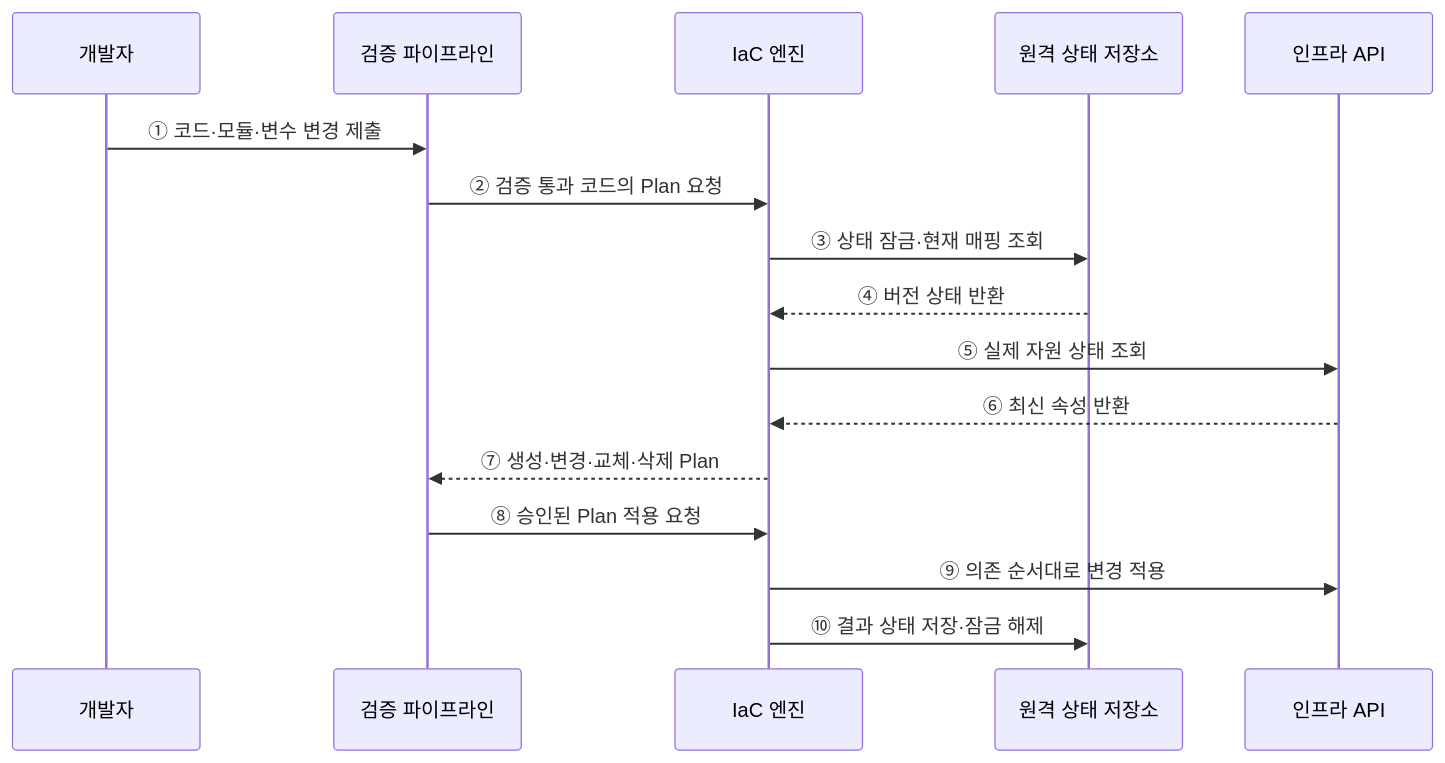
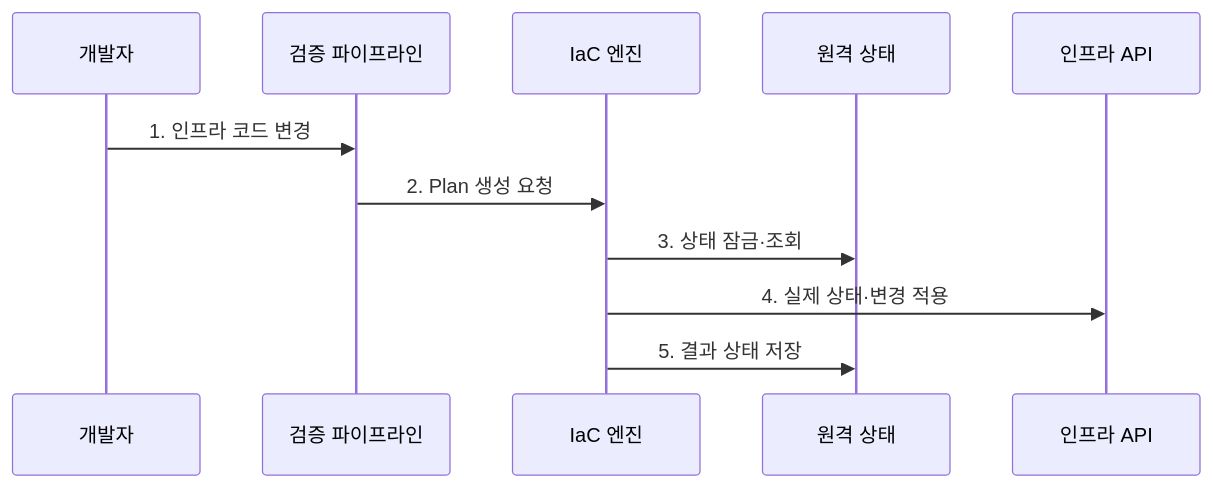
The second of 2 diagrams in src/content/docs/notes/03-software/182_infrastructure_as_code.md (agnusdei1207/knowledge-base), drawn with Mermaid before and after one commit. The commit also changed other lines of this file and 20 other files, not shown here.

````diff
--- a/src/content/docs/notes/03-software/182_infrastructure_as_code.md
+++ b/src/content/docs/notes/03-software/182_infrastructure_as_code.md
@@ -72,18 +83,13 @@
 ```mermaid
 sequenceDiagram
     participant D as 개발자
     participant P as 검증 파이프라인
     participant E as IaC 엔진
-    participant S as 원격 상태 저장소
+    participant S as 원격 상태
     participant I as 인프라 API
-    D->>P: ① 코드·모듈·변수 변경 제출
-    P->>E: ② 검증 통과 코드의 Plan 요청
-    E->>S: ③ 상태 잠금·현재 매핑 조회
-    S-->>E: ④ 버전 상태 반환
-    E->>I: ⑤ 실제 자원 상태 조회
-    I-->>E: ⑥ 최신 속성 반환
-    E-->>P: ⑦ 생성·변경·교체·삭제 Plan
-    P->>E: ⑧ 승인된 Plan 적용 요청
-    E->>I: ⑨ 의존 순서대로 변경 적용
-    E->>S: ⑩ 결과 상태 저장·잠금 해제
+    D->>P: 1. 인프라 코드 변경
+    P->>E: 2. Plan 생성 요청
+    E->>S: 3. 상태 잠금·조회
+    E->>I: 4. 실제 상태·변경 적용
+    E->>S: 5. 결과 상태 저장
 ```
````
